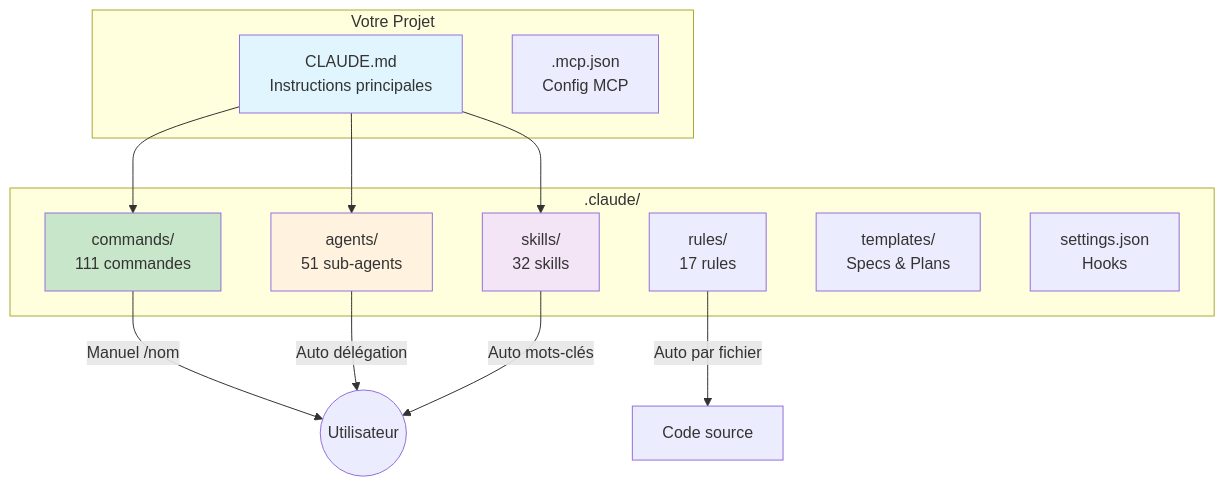
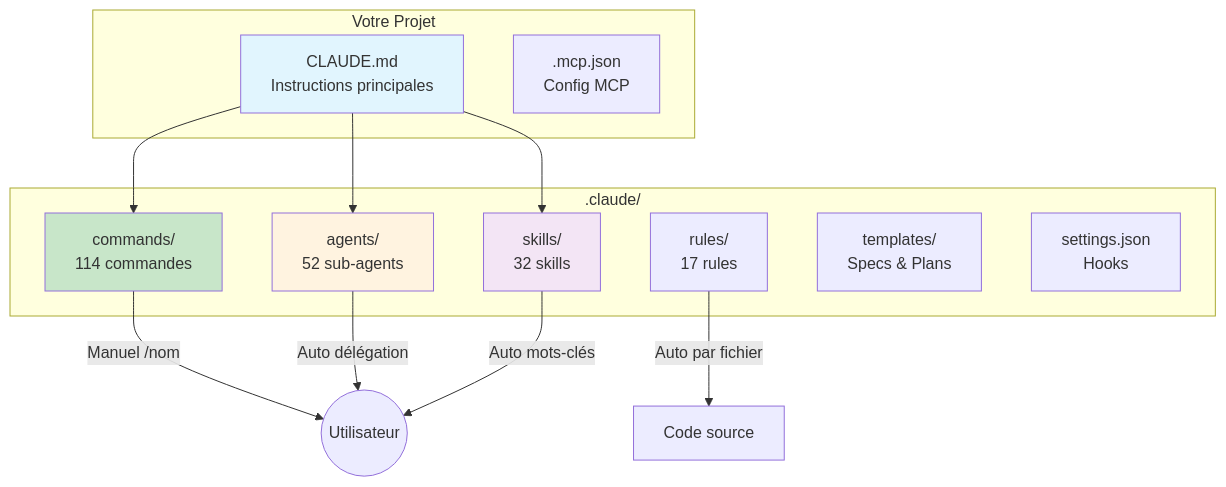
The first of 2 diagrams in website/docs/intro/architecture.md (christopherlouet/claude-base), drawn with Mermaid before and after one commit. The commit also changed other lines of this file and 27 other files, not shown here.

````diff
--- a/website/docs/intro/architecture.md
+++ b/website/docs/intro/architecture.md
@@ -15,30 +15,30 @@
 ```mermaid
 graph TB
     subgraph "Votre Projet"
         CLAUDE[CLAUDE.md<br/>Instructions principales]
         MCP[.mcp.json<br/>Config MCP]
     end
 
     subgraph ".claude/"
-        CMDS[commands/<br/>111 commandes]
-        AGENTS[agents/<br/>51 sub-agents]
+        CMDS[commands/<br/>114 commandes]
+        AGENTS[agents/<br/>52 sub-agents]
         SKILLS[skills/<br/>32 skills]
         RULES[rules/<br/>17 rules]
         TPL[templates/<br/>Specs & Plans]
         SETTINGS[settings.json<br/>Hooks]
     end
 
     CLAUDE --> CMDS
     CLAUDE --> AGENTS
     CLAUDE --> SKILLS
 
     CMDS --> |"Manuel /nom"| USER((Utilisateur))
     AGENTS --> |"Auto délégation"| USER
     SKILLS --> |"Auto mots-clés"| USER
     RULES --> |"Auto par fichier"| CODE[Code source]
 
     style CLAUDE fill:#e1f5fe
     style CMDS fill:#c8e6c9
     style AGENTS fill:#fff3e0
     style SKILLS fill:#f3e5f5
 ```
````
